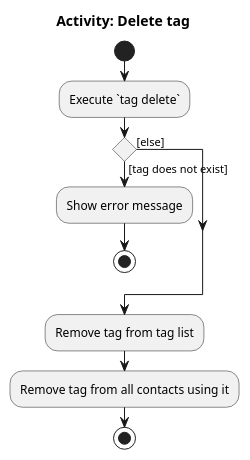
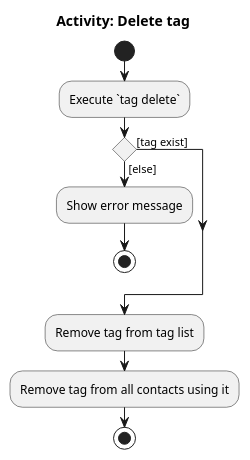
Before and after one commit to AY2526S2-CS2103-T11-1/tp: the diagram in diagrams/tag/TagDeleteActivityDiagram.puml, drawn with PlantUML. The commit also changed 38 other files, not shown here.

```diff
--- a/diagrams/tag/TagDeleteActivityDiagram.puml
+++ b/diagrams/tag/TagDeleteActivityDiagram.puml
@@ -1,18 +1,18 @@
 @startuml
 title Activity: Delete tag
 
 start
 
 :Execute `tag delete`;
 
-if () then ([tag does not exist])
+if () then ([tag exist])
+else ([else])
     :Show error message;
     stop
-else ([else])
 endif
 
 :Remove tag from tag list;
 :Remove tag from all contacts using it;
 
 stop
 @enduml
```
